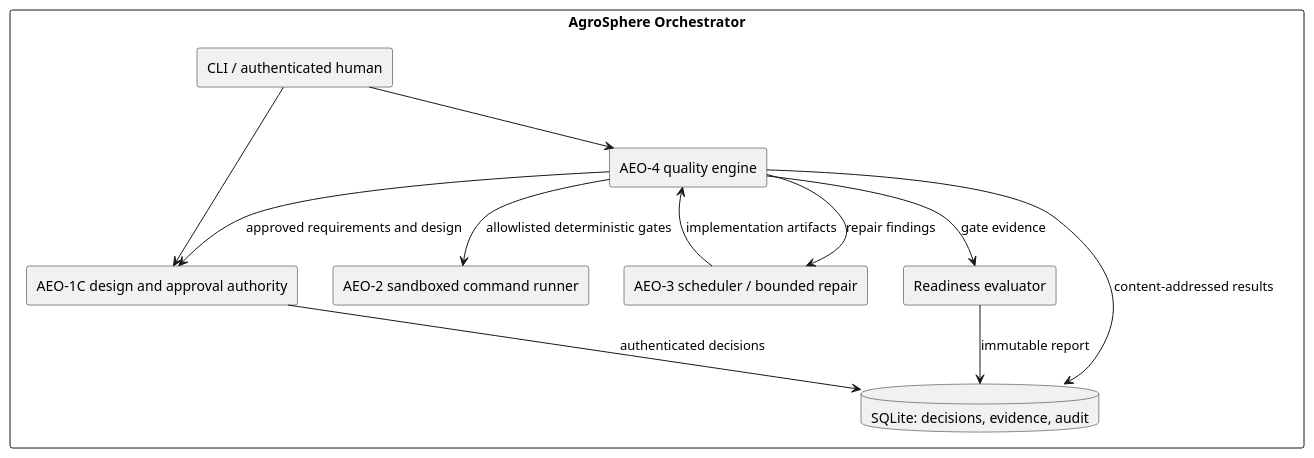
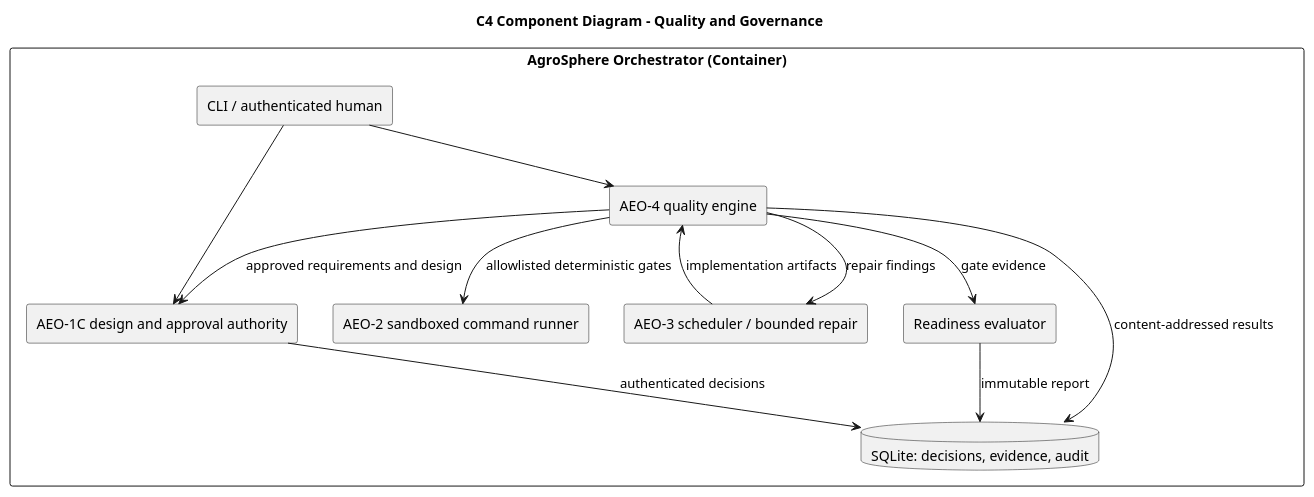
One commit to swapnilpuri/agrosphere-orchestrator changed the diagram in docs/aeo-4/diagrams/components.puml. Above: the diagram before and after it, drawn with PlantUML. The commit also changed 20 other files, not shown here.

```diff
--- a/docs/aeo-4/diagrams/components.puml
+++ b/docs/aeo-4/diagrams/components.puml
@@ -1,22 +1,23 @@
 @startuml
+title C4 Component Diagram - Quality and Governance
 skinparam componentStyle rectangle
-rectangle "AgroSphere Orchestrator" {
+rectangle "AgroSphere Orchestrator (Container)" {
 component "CLI / authenticated human" as CLI
 component "AEO-1C design and approval authority" as Design
 component "AEO-3 scheduler / bounded repair" as Scheduler
 component "AEO-4 quality engine" as Quality
 component "AEO-2 sandboxed command runner" as Runner
 component "Readiness evaluator" as Ready
 database "SQLite: decisions, evidence, audit" as DB
 CLI --> Quality
 CLI --> Design
 Scheduler --> Quality : implementation artifacts
 Quality --> Runner : allowlisted deterministic gates
 Quality --> Design : approved requirements and design
 Quality --> Ready : gate evidence
 Ready --> DB : immutable report
 Design --> DB : authenticated decisions
 Quality --> DB : content-addressed results
 Quality --> Scheduler : repair findings
 }
 @enduml
```
